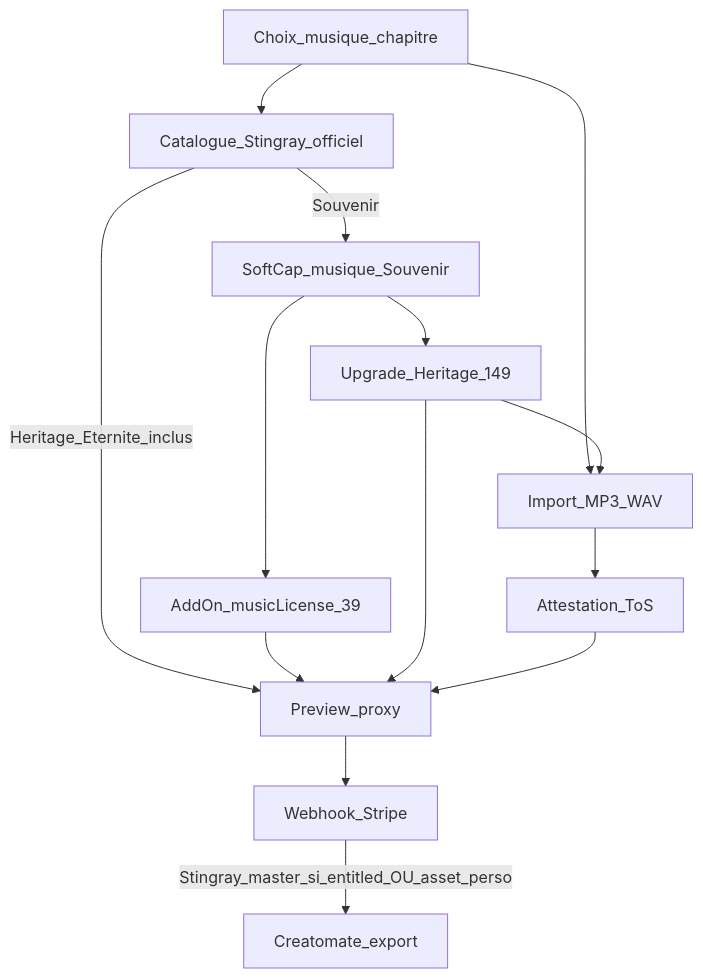
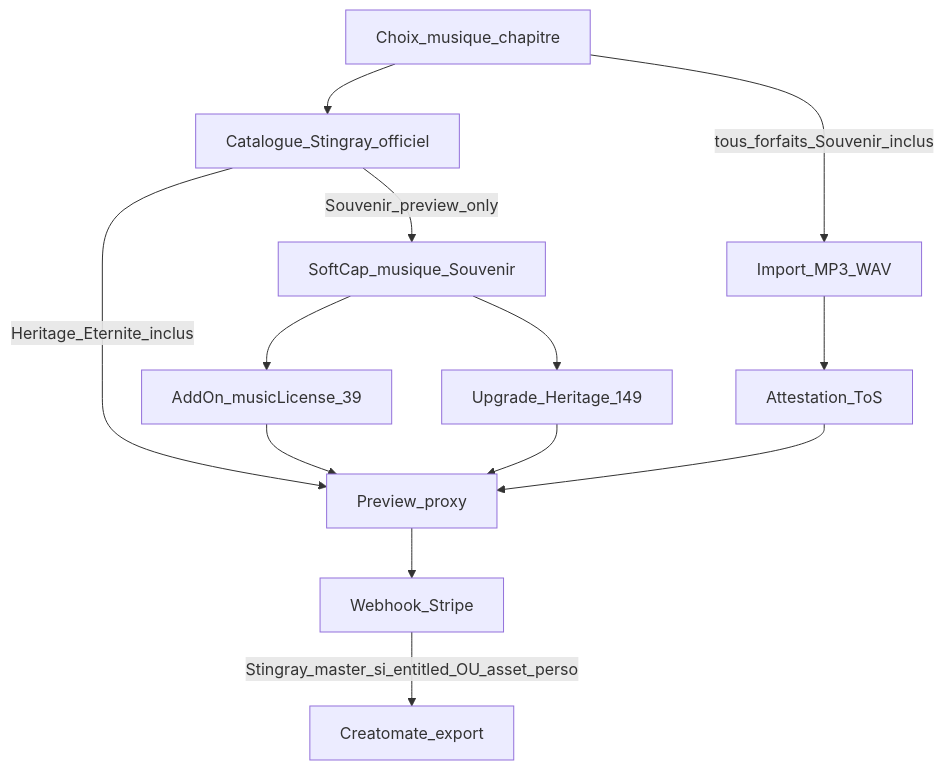
The diagram in docs/FREEMIUM_V1_PIVOT.md (Lyra-OD/odyssey-web), drawn with Mermaid before and after one commit. The commit also changed other lines of this file and 4 other files, not shown here.

````diff
--- a/docs/FREEMIUM_V1_PIVOT.md
+++ b/docs/FREEMIUM_V1_PIVOT.md
@@ -121,27 +121,26 @@
 ```mermaid
 flowchart TD
   SongChoice[Choix_musique_chapitre]
   CatalogOfficial[Catalogue_Stingray_officiel]
   SoftMusic[SoftCap_musique_Souvenir]
   Lic39[AddOn_musicLicense_39]
   Up149[Upgrade_Heritage_149]
   Upload[Import_MP3_WAV]
   ToS[Attestation_ToS]
   Preview[Preview_proxy]
   Pay[Webhook_Stripe]
   Render[Creatomate_export]
 
   SongChoice --> CatalogOfficial
-  SongChoice --> Upload
-  CatalogOfficial -->|"Souvenir"| SoftMusic
+  SongChoice -->|"tous_forfaits_Souvenir_inclus"| Upload
+  CatalogOfficial -->|"Souvenir_preview_only"| SoftMusic
   SoftMusic --> Lic39
   SoftMusic --> Up149
   CatalogOfficial -->|"Heritage_Eternite_inclus"| Preview
   Lic39 --> Preview
   Up149 --> Preview
-  Up149 --> Upload
   Upload --> ToS
   ToS --> Preview
   Preview --> Pay
   Pay -->|"Stingray_master_si_entitled_OU_asset_perso"| Render
 ```
````
